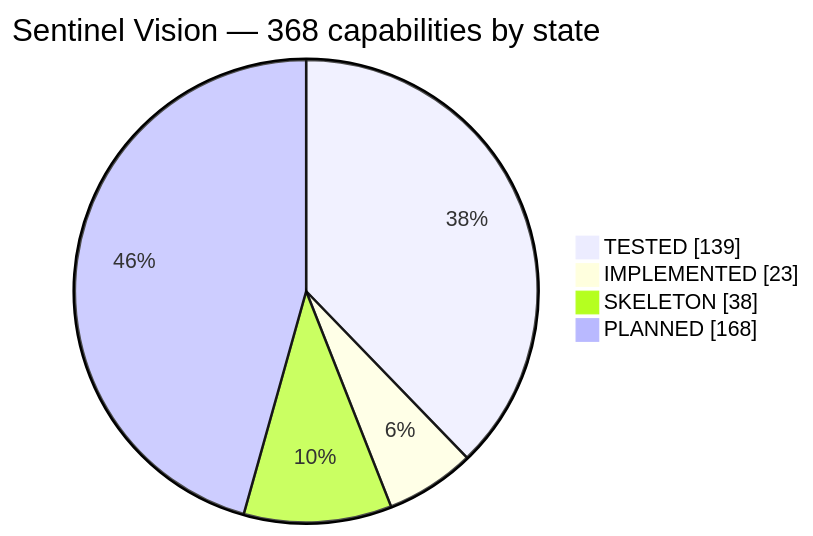
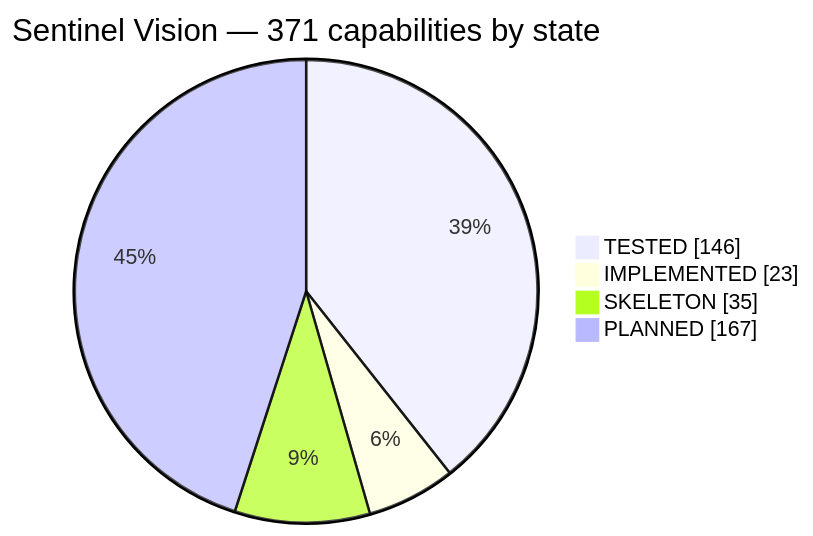
One commit to haidar-farhat/V.I.G.I.L._Vision_Intelligence_and_Geospatial_ncident_Layer changed the first of 3 diagrams in FEATURES.md. Above: the diagram before and after it, drawn with Mermaid. The commit also changed other lines of this file and 13 other files, not shown here.

````diff
--- a/FEATURES.md
+++ b/FEATURES.md
@@ -46,8 +46,8 @@
 ```mermaid
 pie showData
-    title Sentinel Vision — 368 capabilities by state
-    "TESTED" : 139
+    title Sentinel Vision — 371 capabilities by state
+    "TESTED" : 146
     "IMPLEMENTED" : 23
-    "SKELETON" : 38
-    "PLANNED" : 168
+    "SKELETON" : 35
+    "PLANNED" : 167
 ```
````
